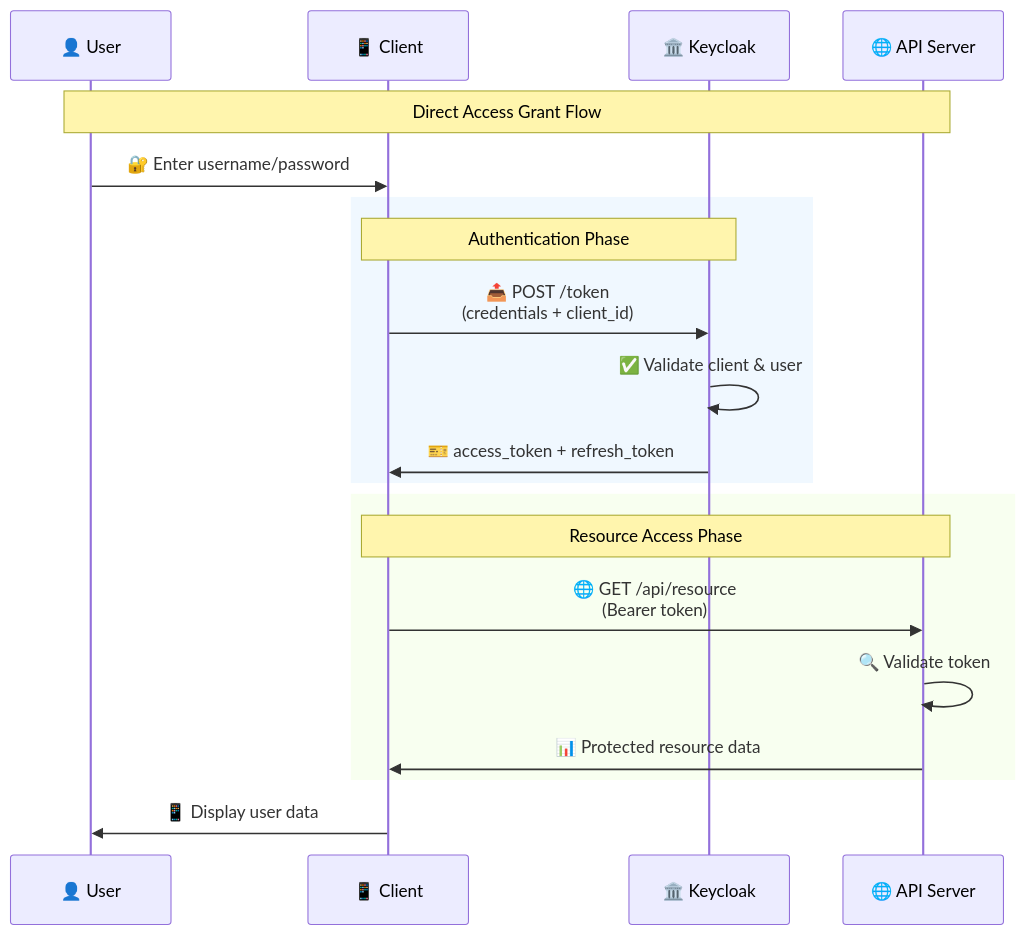
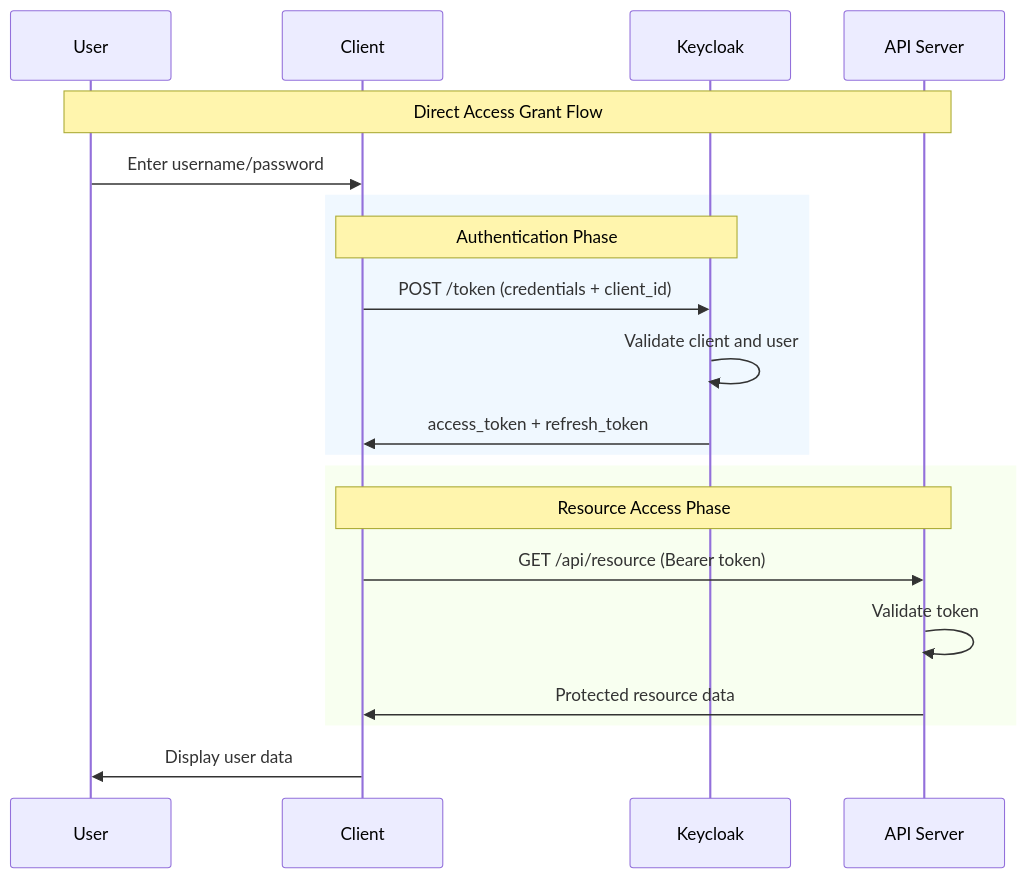
The fifth of 5 diagrams in docs/blog/direct-access-grant/slides.md (lele-maxwell/adorsys-gis-blog3), drawn with Mermaid before and after one commit. The commit also changed other lines of this file, not shown here.

Commit message:
Fix slides.md file to have a better explanation of what the process and what it does and correct explanation of the Direct grant flow

````diff
--- a/docs/blog/direct-access-grant/slides.md
+++ b/docs/blog/direct-access-grant/slides.md
@@ -130,27 +130,27 @@
 ```mermaid
 sequenceDiagram
-    participant U as 👤 User
-    participant C as 📱 Client
-    participant K as 🏛️ Keycloak
-    participant A as 🌐 API Server
+    participant U as User
+    participant C as Client
+    participant K as Keycloak
+    participant A as API Server
 
     Note over U,A: Direct Access Grant Flow
 
-    U->>C: 🔐 Enter username/password
+    U->>C: Enter username/password
     
     rect rgb(240, 248, 255)
         Note over C,K: Authentication Phase
-        C->>K: 📤 POST /token<br/>(credentials + client_id)
-        K->>K: ✅ Validate client & user
-        K->>C: 🎫 access_token + refresh_token
+        C->>K: POST /token (credentials + client_id)
+        K->>K: Validate client and user
+        K->>C: access_token + refresh_token
     end
     
     rect rgb(248, 255, 240)
         Note over C,A: Resource Access Phase
-        C->>A: 🌐 GET /api/resource<br/>(Bearer token)
-        A->>A: 🔍 Validate token
-        A->>C: 📊 Protected resource data
+        C->>A: GET /api/resource (Bearer token)
+        A->>A: Validate token
+        A->>C: Protected resource data
     end
     
-    C->>U: 📱 Display user data
+    C->>U: Display user data
 ```
````
